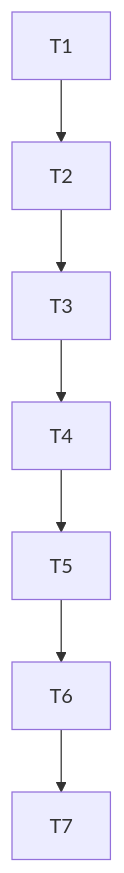
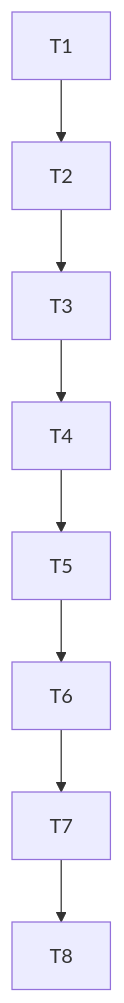
The diagram in .specs/features/integracao-final/tasks.md (DevDayHackathon/caixa_simples_openAI), drawn with Mermaid before and after one commit. The commit also changed other lines of this file and 6 other files, not shown here.

````diff
--- a/.specs/features/integracao-final/tasks.md
+++ b/.specs/features/integracao-final/tasks.md
@@ -6,9 +6,10 @@
 ```mermaid
 flowchart TD
 T1 --> T2
 T2 --> T3
 T3 --> T4
 T4 --> T5
 T5 --> T6
 T6 --> T7
+T7 --> T8
 ```
````
